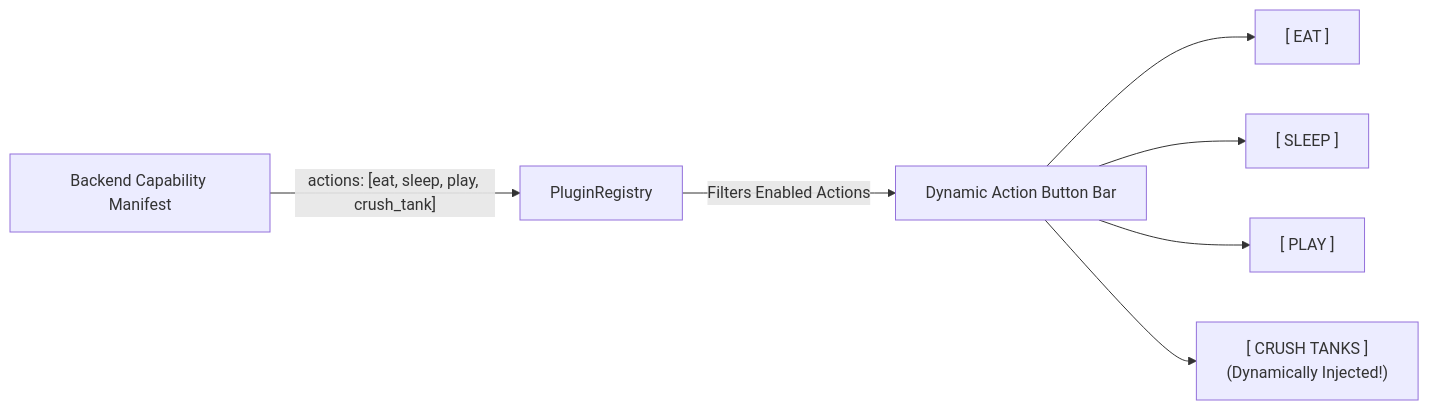
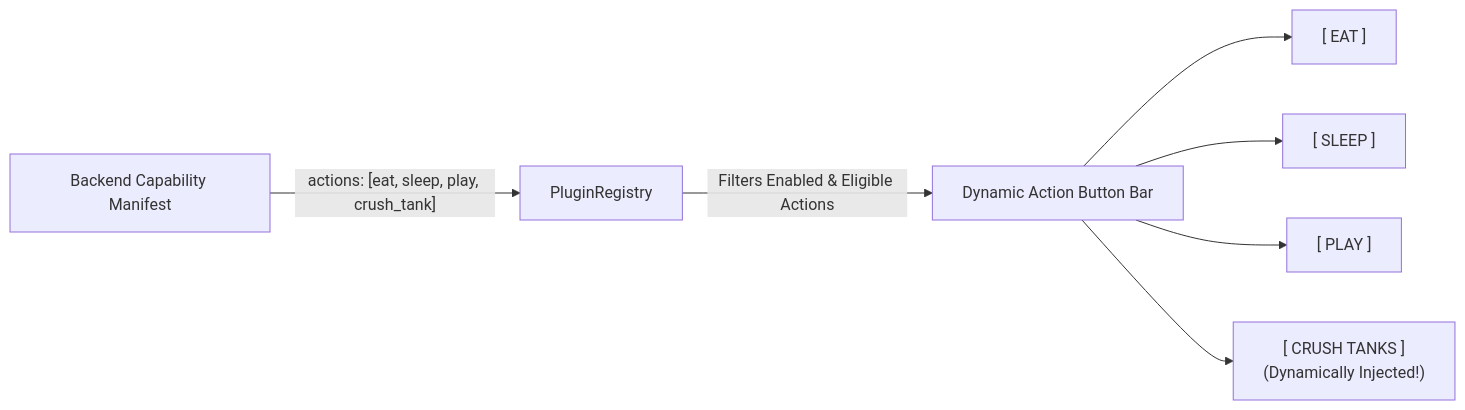
The diagram in Documentation/Plugins/02-user-triggered-actions.md (TheMrCorvy/HATCH.REF), drawn with Mermaid before and after one commit. The commit also changed other lines of this file and 55 other files, not shown here.

````diff
--- a/Documentation/Plugins/02-user-triggered-actions.md
+++ b/Documentation/Plugins/02-user-triggered-actions.md
@@ -13,9 +15,9 @@
 ```mermaid
 flowchart LR
     Backend["Backend Capability Manifest"] -->|"actions: [eat, sleep, play, crush_tank]"| Registry["PluginRegistry"]
-    Registry -->|"Filters Enabled Actions"| UIRow["Dynamic Action Button Bar"]
+    Registry -->|"Filters Enabled & Eligible Actions"| UIRow["Dynamic Action Button Bar"]
     UIRow --> Btn1["[ EAT ]"]
     UIRow --> Btn2["[ SLEEP ]"]
     UIRow --> Btn3["[ PLAY ]"]
     UIRow --> Btn4["[ CRUSH TANKS ]\n(Dynamically Injected!)"]
 ```
````
